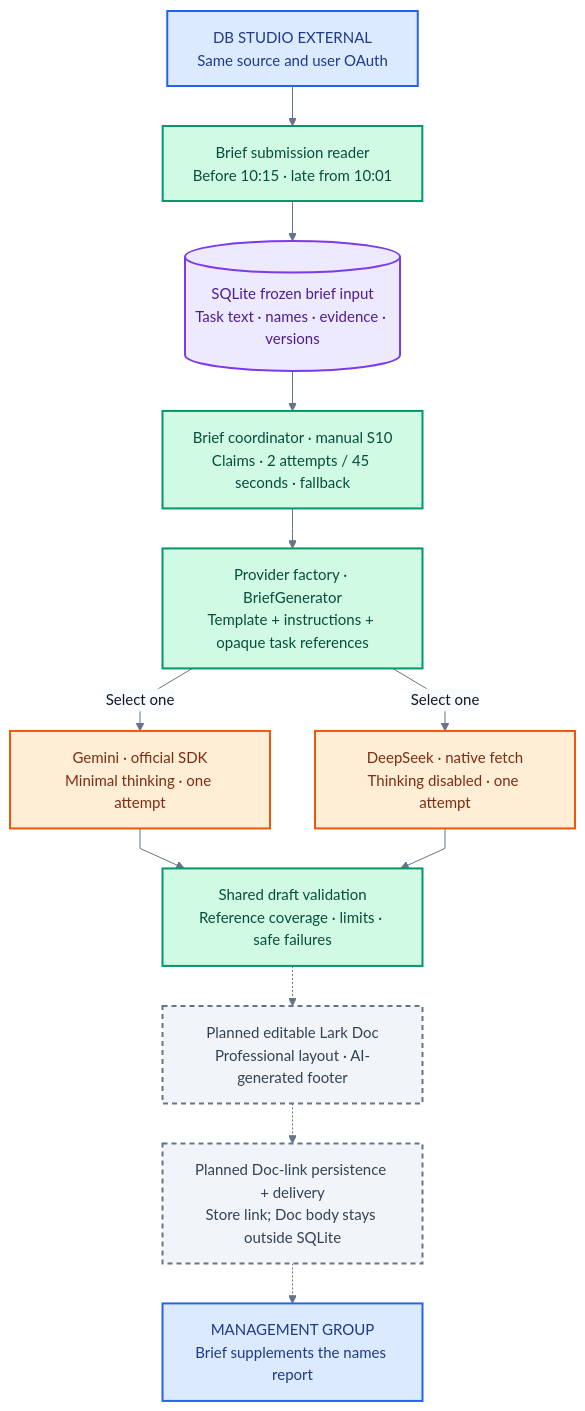
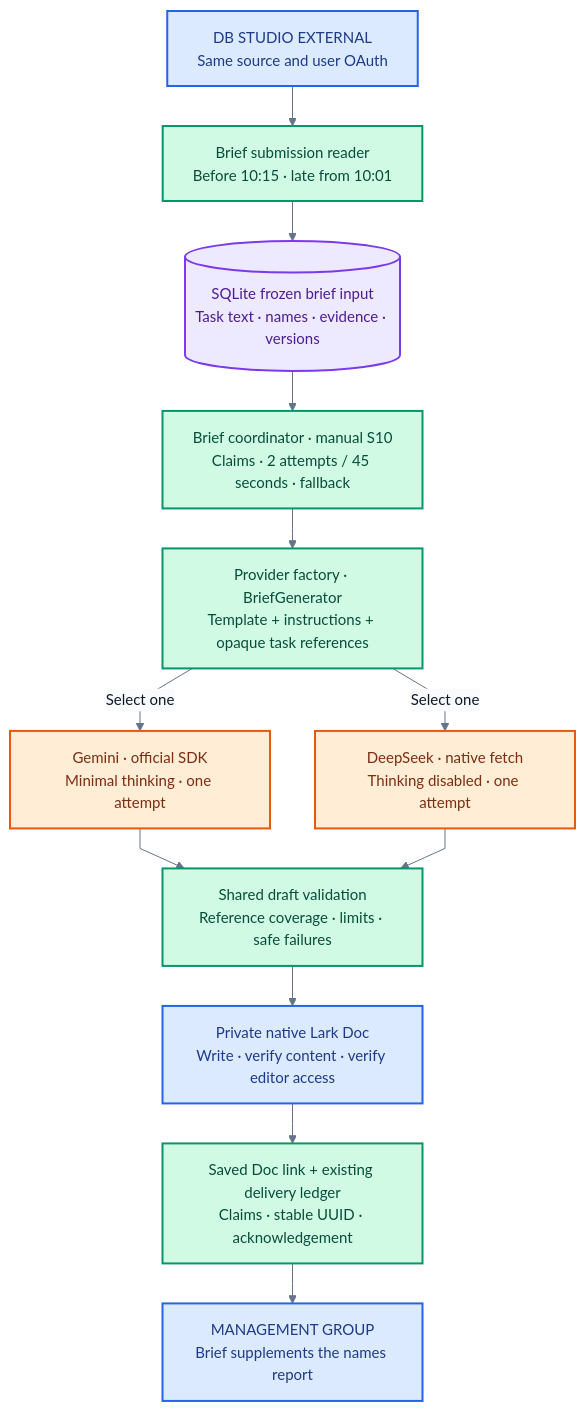
The second of 4 diagrams in README.md (mbeka02/task-list-submission-automation), drawn with Mermaid before and after one commit. The commit also changed other lines of this file, not shown here.

````diff
--- a/README.md
+++ b/README.md
@@ -85,33 +85,33 @@
 ```mermaid
 %%{init: {"theme":"base","themeVariables":{"fontFamily":"sans-serif","fontSize":"15px","lineColor":"#64748b","primaryTextColor":"#0f172a","edgeLabelBackground":"#f8fafc"},"flowchart":{"curve":"linear","nodeSpacing":45,"rankSpacing":40}}}%%
 flowchart TB
     SOURCE_AI["DB STUDIO EXTERNAL<br/>Same source and user OAuth"]:::lark
     CAPTURE["Brief submission reader<br/>Before 10:15 · late from 10:01"]:::worker
     INPUT[("SQLite frozen brief input<br/>Task text · names · evidence · versions")]:::storage
     COORD["Brief coordinator · manual S10<br/>Claims · 2 attempts / 45 seconds · fallback"]:::worker
     SELECT["Provider factory · BriefGenerator<br/>Template + instructions + opaque task references"]:::worker
     GEMINI["Gemini · official SDK<br/>Minimal thinking · one attempt"]:::provider
     DEEPSEEK["DeepSeek · native fetch<br/>Thinking disabled · one attempt"]:::provider
     VALIDATE["Shared draft validation<br/>Reference coverage · limits · safe failures"]:::worker
-    DOC["Planned editable Lark Doc<br/>Professional layout · AI-generated footer"]:::planned
-    LINK["Planned Doc-link persistence + delivery<br/>Store link; Doc body stays outside SQLite"]:::planned
+    DOC["Private native Lark Doc<br/>Write · verify content · verify editor access"]:::lark
+    LINK["Saved Doc link + existing delivery ledger<br/>Claims · stable UUID · acknowledgement"]:::worker
     MANAGEMENT["MANAGEMENT GROUP<br/>Brief supplements the names report"]:::lark
 
     SOURCE_AI --> CAPTURE
     CAPTURE --> INPUT
     INPUT --> COORD
     COORD --> SELECT
     SELECT -->|Select one| GEMINI
     SELECT -->|Select one| DEEPSEEK
     GEMINI --> VALIDATE
     DEEPSEEK --> VALIDATE
-    VALIDATE -.-> DOC
-    DOC -.-> LINK
-    LINK -.-> MANAGEMENT
+    VALIDATE --> DOC
+    DOC --> LINK
+    LINK --> MANAGEMENT
 
     classDef lark fill:#dbeafe,stroke:#2563eb,color:#1e3a8a,stroke-width:2px;
     classDef worker fill:#d1fae5,stroke:#059669,color:#064e3b,stroke-width:2px;
     classDef storage fill:#ede9fe,stroke:#7c3aed,color:#4c1d95,stroke-width:2px;
     classDef provider fill:#ffedd5,stroke:#ea580c,color:#7c2d12,stroke-width:2px;
     classDef planned fill:#f1f5f9,stroke:#64748b,color:#334155,stroke-width:2px,stroke-dasharray:5 4;
 ```
````
